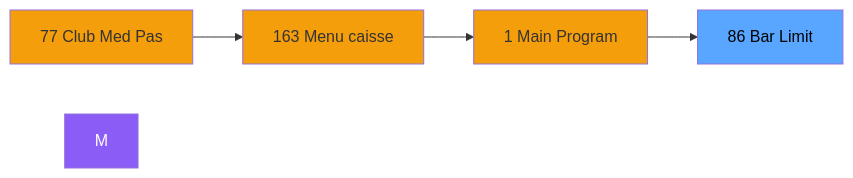
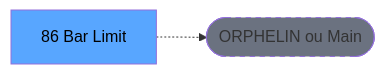
One commit to thonyAGP/lecteur-magic changed the second of 3 diagrams in .openspec/renders/ADH-IDE-86.md. Above: the diagram before and after it, drawn with Mermaid. The commit also changed other lines of this file and 701 other files, not shown here.

````diff
--- a/.openspec/renders/ADH-IDE-86.md
+++ b/.openspec/renders/ADH-IDE-86.md
@@ -119,15 +119,8 @@
 ```mermaid
 graph LR
-    N77[77 Club Med Pas]
-    N163[163 Menu caisse ]
-    N1[1 Main Program]
     T[86 Bar Limit]
-    N77 --> N163
-    N163 --> N1
-    N1 --> T
-    style M fill:#8b5cf6,color:#fff
-    style N77 fill:#f59e0b
-    style N163 fill:#f59e0b
-    style N1 fill:#f59e0b
+    ORPHAN([ORPHELIN ou Main])
+    T -.-> ORPHAN
     style T fill:#58a6ff,color:#000
+    style ORPHAN fill:#6b7280,stroke-dasharray: 5 5
 ```
````
